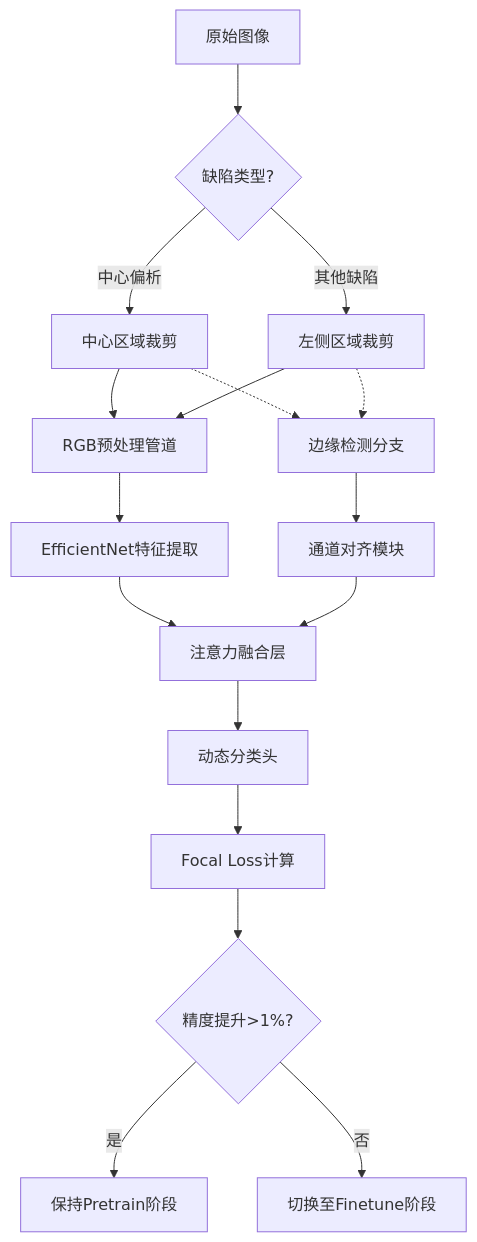
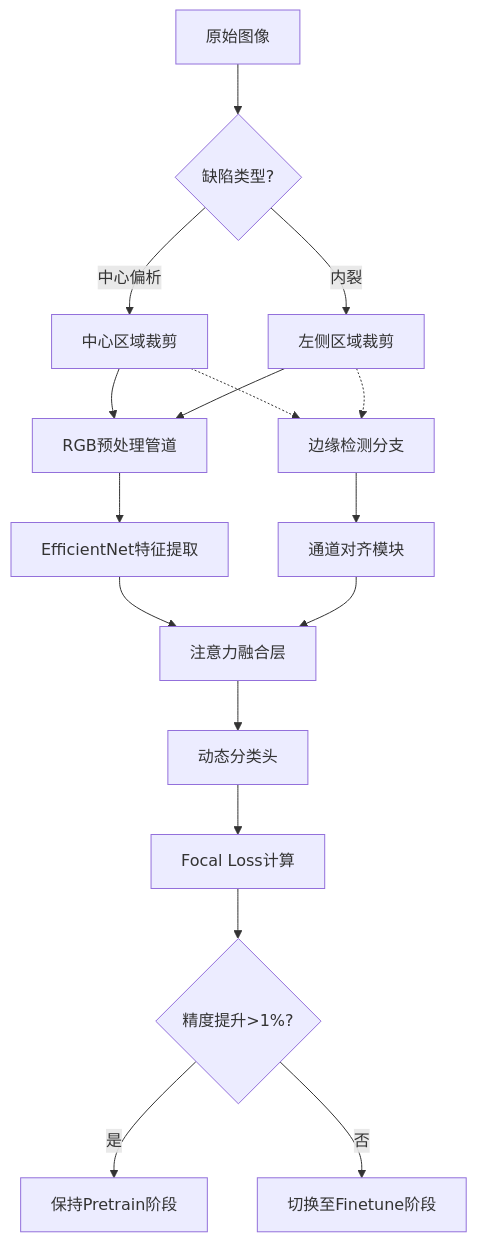
The second of 2 diagrams in README.md (Z-Robot/Steel), drawn with Mermaid before and after one commit. The commit also changed other lines of this file, not shown here.

````diff
--- a/README.md
+++ b/README.md
@@ -62,19 +62,19 @@
 ```mermaid
 graph TD
     A[原始图像] --> B{缺陷类型?}
     B -->|中心偏析| C1[中心区域裁剪]
-    B -->|其他缺陷| C2[左侧区域裁剪]
+    B -->|内裂| C2[左侧区域裁剪]
     C1 --> D[RGB预处理管道]
     C2 --> D
     D --> E[EfficientNet特征提取]
     C1 -.-> F[边缘检测分支]
     C2 -.-> F
     F --> G[通道对齐模块]
     E --> H[注意力融合层]
     G --> H
     H --> I[动态分类头]
     I --> J[Focal Loss计算]
     J --> K{精度提升>1%?}
     K -->|是| L[保持Pretrain阶段]
     K -->|否| M[切换至Finetune阶段]
 ```
````
